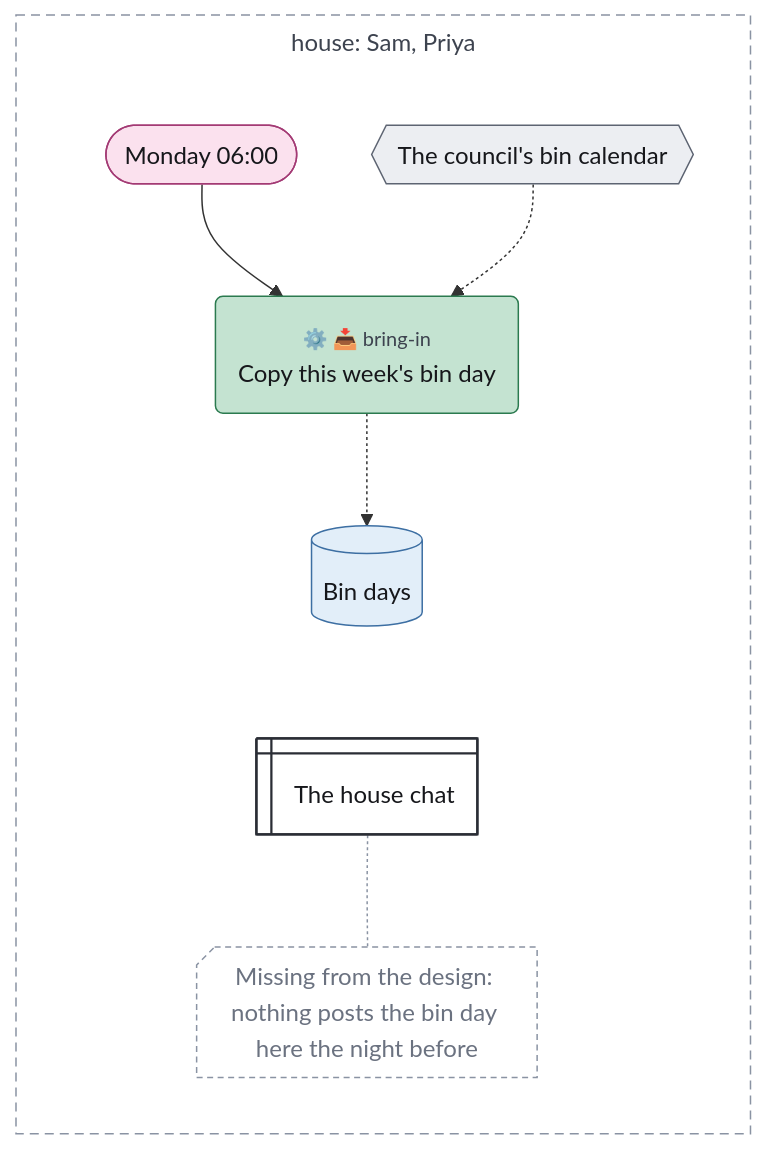
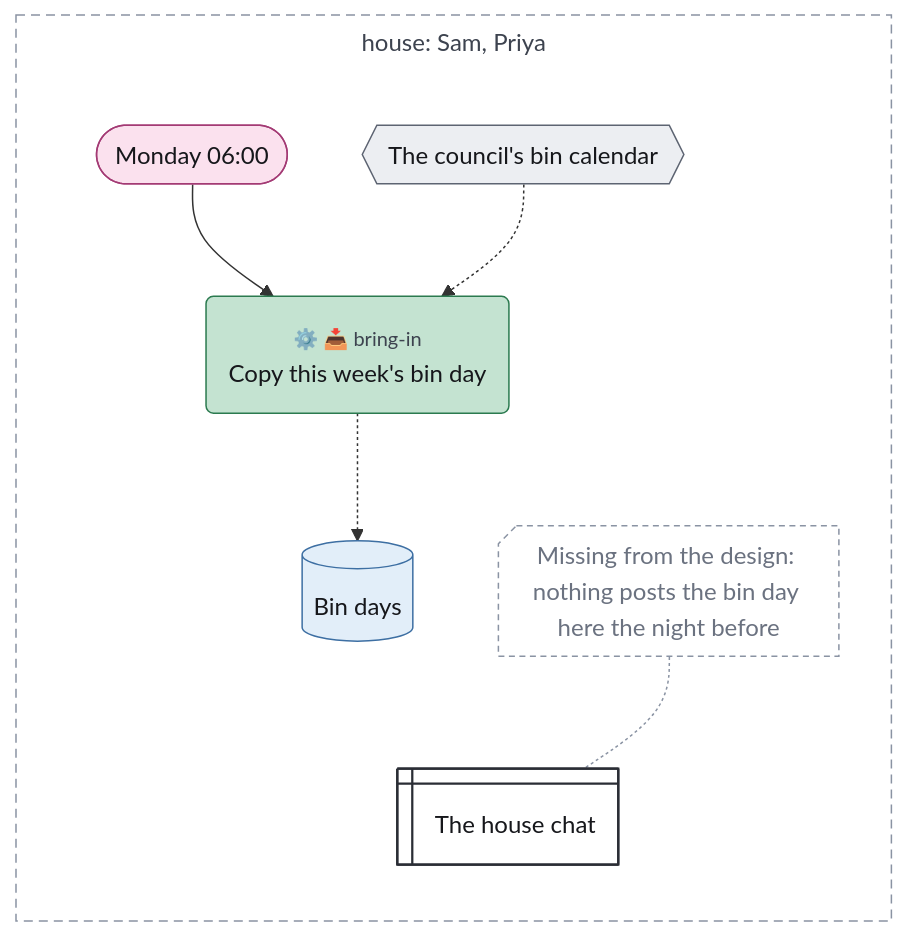
The diagram in examples/tour/08-gap.mmd (chrismdp/awml), drawn with Mermaid before and after one commit. The commit also changed 49 other files, not shown here.

```diff
--- a/examples/tour/08-gap.mmd
+++ b/examples/tour/08-gap.mmd
@@ -1,44 +1,44 @@
 ---
 config:
   theme: default
   fontFamily: Inter, sans-serif
   flowchart:
     useMaxWidth: false
     subGraphTitleMargin:
       top: 6
       bottom: 30
 ---
 flowchart TB
   subgraph house["house#58; Sam#44; Priya"]
     direction TB
     monday(["Monday 06#58;00"])
     council{{"The council#39;s bin calendar"}}
     copy("<small style='color:rgb(61,67,79)'>⚙️ 📥 bring-in</small><br>Copy this week#39;s bin day")
     bins[("Bin days")]
     chat@{ shape: win-pane, label: "The house chat" }
     gap@{ shape: notch-rect, label: "Missing from the design#58; nothing posts the bin day here the night before" }
   end
 
   monday --> copy
   council -.-> copy
   copy -.-> bins
   bins ~~~ chat
-  chat -.- gap
+  gap -.- chat
   classDef trig fill:#fbe1ee,stroke:#a33a74,color:#16171b
   classDef ctx fill:#e2eef9,stroke:#3d6fa3,color:#16171b
   classDef con fill:#eceef2,stroke:#5d6472,color:#16171b
   classDef surf fill:#ffffff,stroke:#2a2d35,stroke-width:1.5px,color:#16171b
   classDef out fill:#fde4dc,stroke:#b5532f,color:#16171b
   classDef ai fill:#cdd3fb,stroke:#3b4bb0,color:#16171b
   classDef code fill:#c4e3d1,stroke:#2b7a4f,color:#16171b
   classDef person fill:#f7d79a,stroke:#9a6100,color:#16171b
   classDef uml fill:#16171b,stroke:#16171b,color:#16171b
   classDef gap fill:#ffffff,stroke:#8a93a3,stroke-dasharray:4 3,color:#6b7280
   class monday trig
   class bins ctx
   class council con
   class chat surf
   class copy code
   class gap gap
   style house fill:transparent,stroke:#8a93a3,stroke-dasharray:6 4,color:#3d434f
   linkStyle 4 stroke:#8a93a3
```
